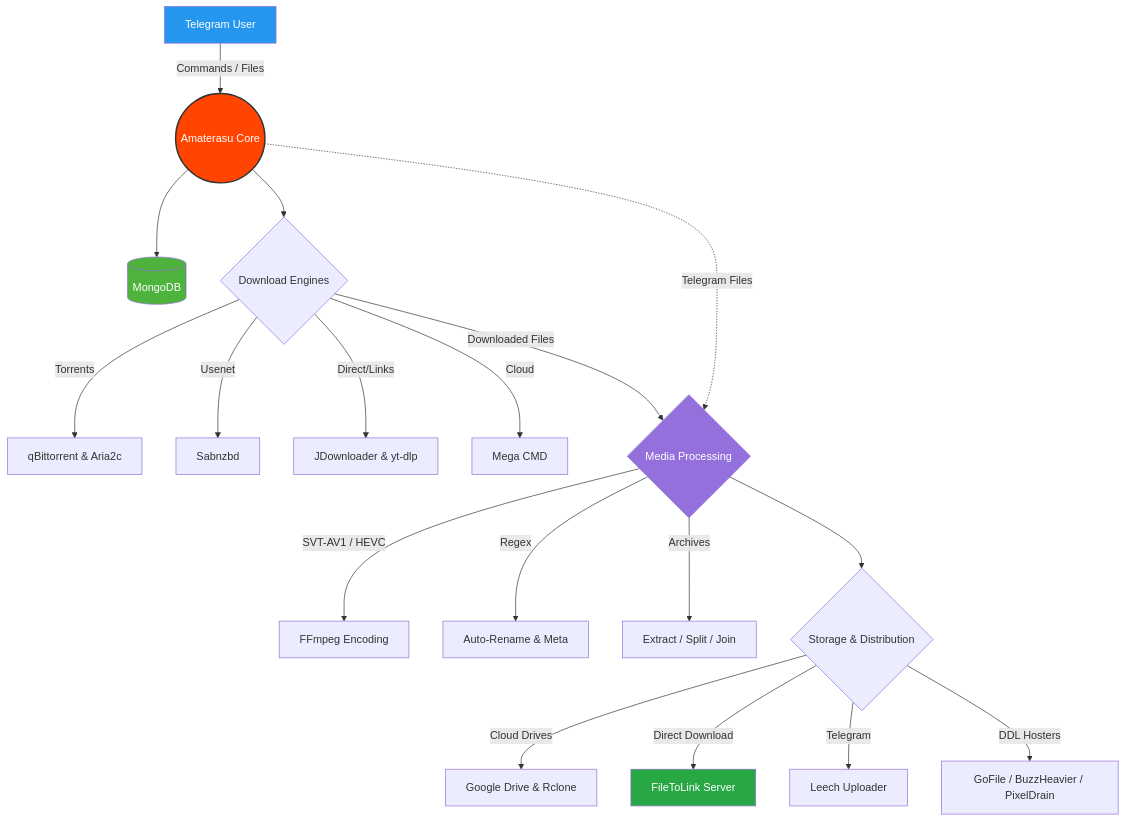
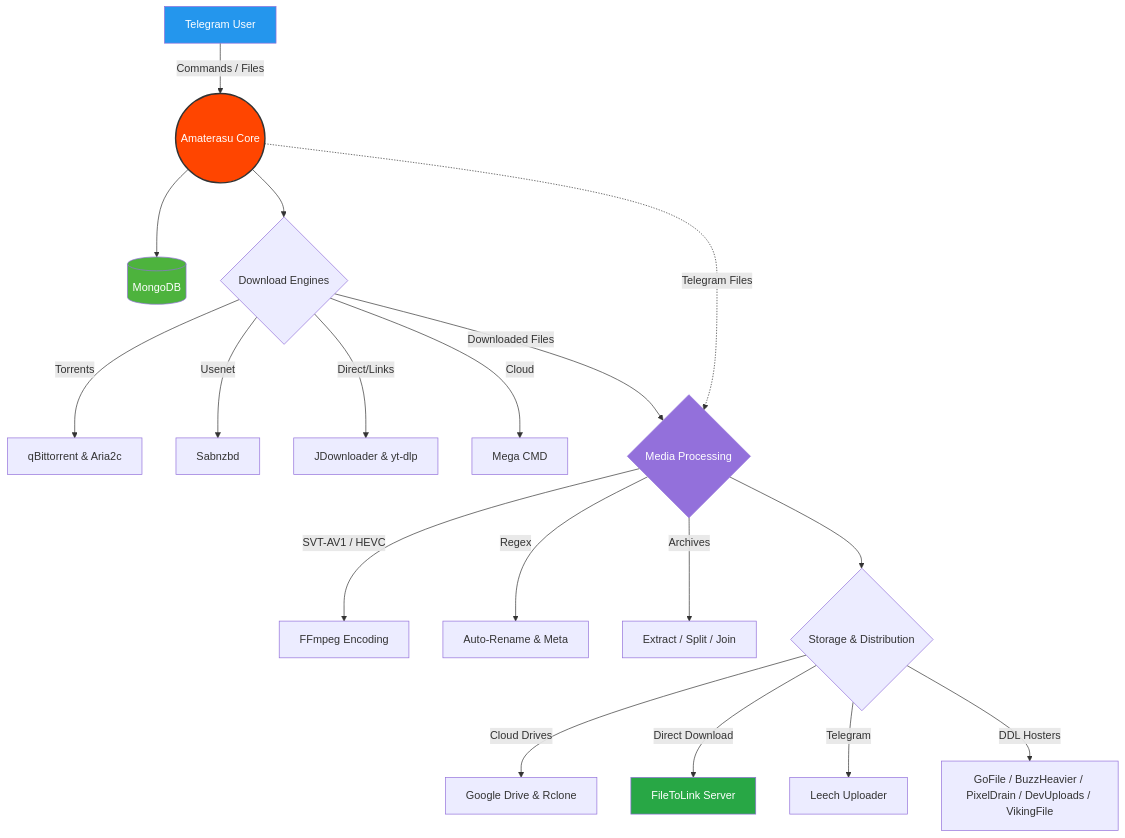
The diagram in README.md (Zan-getsu/Amaterasu), drawn with Mermaid before and after one commit. The commit also changed other lines of this file and 11 other files, not shown here.

````diff
--- a/README.md
+++ b/README.md
@@ -148,30 +148,30 @@
 ```mermaid
 graph TD
     A[Telegram User] -->|Commands / Files| B((Amaterasu Core))
     B --> L[(MongoDB)]
     
     B --> C{Download Engines}
     C -->|Torrents| D[qBittorrent & Aria2c]
     C -->|Usenet| E[Sabnzbd]
     C -->|Direct/Links| F[JDownloader & yt-dlp]
     C -->|Cloud| M[Mega CMD]
     
     B -.->|Telegram Files| N
     C -->|Downloaded Files| N{Media Processing}
     N -->|SVT-AV1 / HEVC| O[FFmpeg Encoding]
     N -->|Regex| P[Auto-Rename & Meta]
     N -->|Archives| Q[Extract / Split / Join]
 
     N --> G{Storage & Distribution}
     
     G -->|Cloud Drives| H[Google Drive & Rclone]
     G -->|Direct Download| I[FileToLink Server]
     G -->|Telegram| J[Leech Uploader]
-    G -->|DDL Hosters| K[GoFile / BuzzHeavier / PixelDrain]
+    G -->|DDL Hosters| K[GoFile / BuzzHeavier / PixelDrain / DevUploads / VikingFile]
     
     style B fill:#FF4500,stroke:#333,stroke-width:2px,color:#fff
     style A fill:#2496ED,color:#fff
     style I fill:#28a745,color:#fff
     style L fill:#4DB33D,color:#fff
     style N fill:#9370DB,color:#fff
 ```
````
